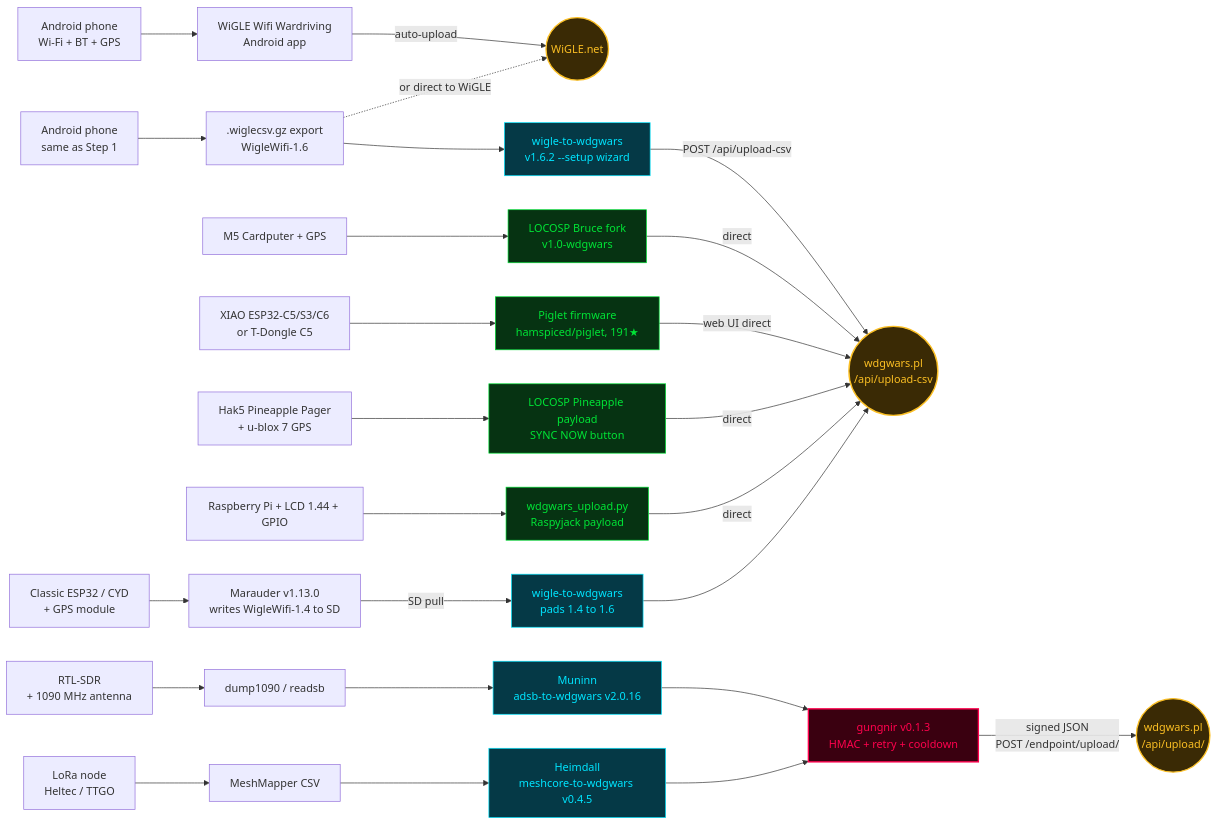
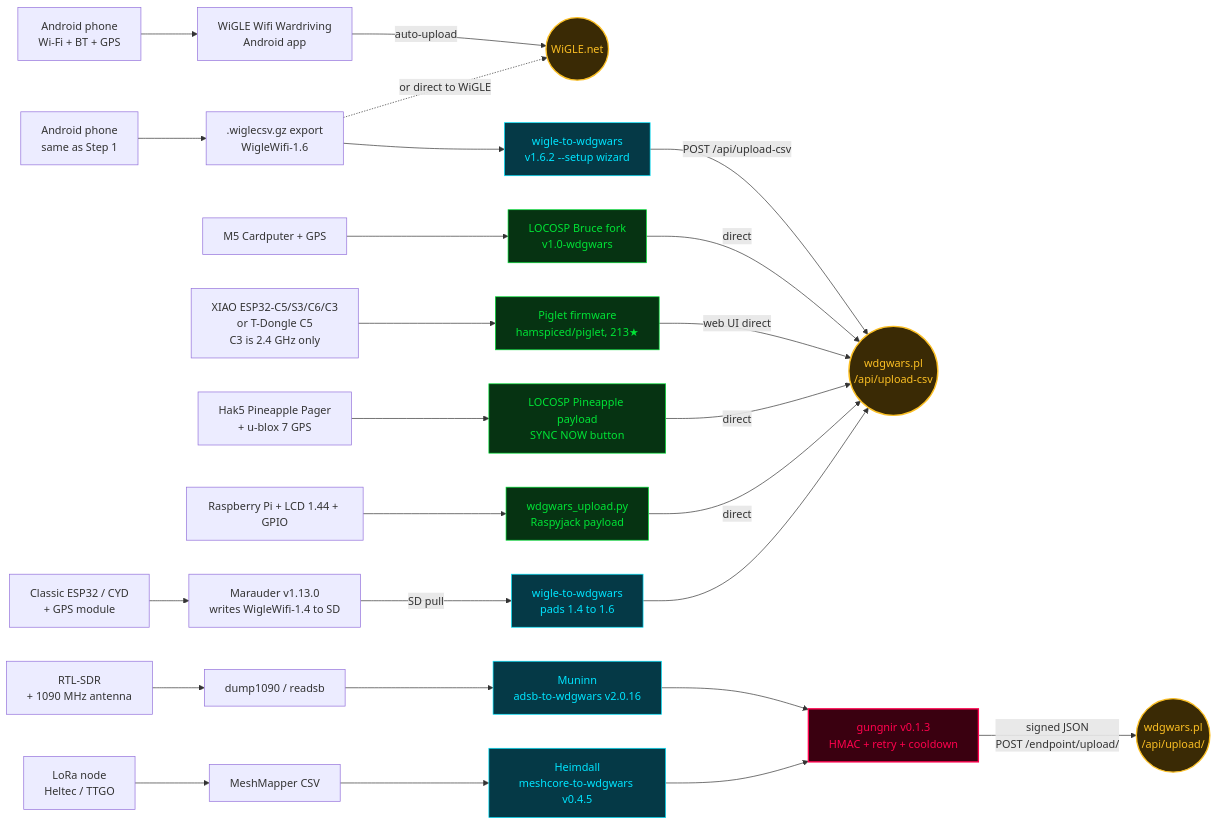
The diagram in docs/flow.md (HiroAlleyCat/wdgo-onramp), drawn with Mermaid before and after one commit. The commit also changed 5 other files, not shown here.

````diff
--- a/docs/flow.md
+++ b/docs/flow.md
@@ -12,46 +12,46 @@
 ```mermaid
 flowchart LR
     %% Step 1 — Phone only
     s1_phone[Android phone<br/>Wi-Fi + BT + GPS] --> s1_app[WiGLE Wifi Wardriving<br/>Android app]
     s1_app -->|auto-upload| wigle((WiGLE.net))
 
     %% Step 2 — Cross-post
     s2_phone[Android phone<br/>same as Step 1] --> s2_csv[.wiglecsv.gz export<br/>WigleWifi-1.6]
     s2_csv --> s2_w2w[wigle-to-wdgwars<br/>v1.6.2 --setup wizard]
     s2_w2w -->|POST /api/upload-csv| wdgwars_csv((wdgwars.pl<br/>/api/upload-csv))
     s2_csv -.->|or direct to WiGLE| wigle
 
     %% Step 3a — On-device uploaders
     s3a_cardputer[M5 Cardputer + GPS] --> s3a_bruce[LOCOSP Bruce fork<br/>v1.0-wdgwars]
     s3a_bruce -->|direct| wdgwars_csv
-    s3a_xiao[XIAO ESP32-C5/S3/C6<br/>or T-Dongle C5] --> s3a_piglet[Piglet firmware<br/>hamspiced/piglet, 191★]
+    s3a_xiao[XIAO ESP32-C5/S3/C6/C3<br/>or T-Dongle C5<br/>C3 is 2.4 GHz only] --> s3a_piglet[Piglet firmware<br/>hamspiced/piglet, 213★]
     s3a_piglet -->|web UI direct| wdgwars_csv
     s3a_pager[Hak5 Pineapple Pager<br/>+ u-blox 7 GPS] --> s3a_payload[LOCOSP Pineapple payload<br/>SYNC NOW button]
     s3a_payload -->|direct| wdgwars_csv
     s3a_rj[Raspberry Pi + LCD 1.44 + GPIO] --> s3a_rjpayload[wdgwars_upload.py<br/>Raspyjack payload]
     s3a_rjpayload -->|direct| wdgwars_csv
 
     %% Step 3b — Capture-only, PC feeder
     s3b_hw[Classic ESP32 / CYD<br/>+ GPS module] --> s3b_marauder[Marauder v1.13.0<br/>writes WigleWifi-1.4 to SD]
     s3b_marauder -->|SD pull| s3b_sd[wigle-to-wdgwars<br/>pads 1.4 to 1.6]
     s3b_sd --> wdgwars_csv
 
     %% Step 4 — WDGWars-only slots
     s4_sdr[RTL-SDR<br/>+ 1090 MHz antenna] --> s4_dump[dump1090 / readsb]
     s4_dump --> s4_muninn[Muninn<br/>adsb-to-wdgwars v2.0.16]
     s4_lora[LoRa node<br/>Heltec / TTGO] --> s4_mm[MeshMapper CSV]
     s4_mm --> s4_heimdall[Heimdall<br/>meshcore-to-wdgwars v0.4.5]
     s4_muninn --> gungnir[gungnir v0.1.3<br/>HMAC + retry + cooldown]
     s4_heimdall --> gungnir
     gungnir -->|signed JSON<br/>POST /endpoint/upload/| wdgwars_json((wdgwars.pl<br/>/api/upload/))
 
     %% Styling — CRT palette matching the on-ramp brand
     classDef destinations fill:#3a2a05,stroke:#fbbf24,stroke-width:2px,color:#fbbf24
     classDef ondevice fill:#063312,stroke:#00e436,color:#00e436
     classDef pcside fill:#053946,stroke:#00e5ff,color:#00e5ff
     classDef transport fill:#3a0010,stroke:#ff004d,stroke-width:2px,color:#ff004d
     class wigle,wdgwars_csv,wdgwars_json destinations
     class s3a_bruce,s3a_piglet,s3a_payload,s3a_rjpayload ondevice
     class s2_w2w,s3b_sd,s4_muninn,s4_heimdall pcside
     class gungnir transport
 ```
````
